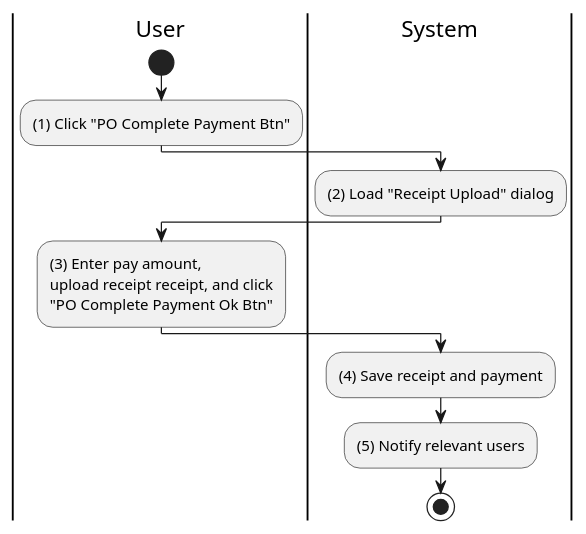
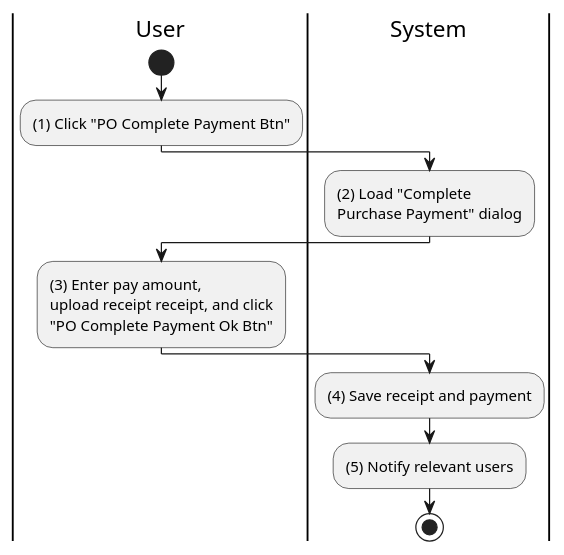
Before and after one commit to phihungha/scmss-reqs: the diagram in activities/purchase-order-complete-payment.plantuml, drawn with PlantUML. The commit also changed 15 other files, not shown here.

```diff
--- a/activities/purchase-order-complete-payment.plantuml
+++ b/activities/purchase-order-complete-payment.plantuml
@@ -1,19 +1,19 @@
 @startuml purchase-order-complete-payment
 |u|User
 |s|System
 
 |u|
 start
 :(1) Click "PO Complete Payment Btn";
 
 |s|
-:(2) Load "Receipt Upload" dialog;
+:(2) Load "Complete\nPurchase Payment" dialog;
 
 |u|
 :(3) Enter pay amount,\nupload receipt receipt, and click\n"PO Complete Payment Ok Btn";
 
 |s|
 :(4) Save receipt and payment;
 :(5) Notify relevant users;
 stop
 @enduml
```
